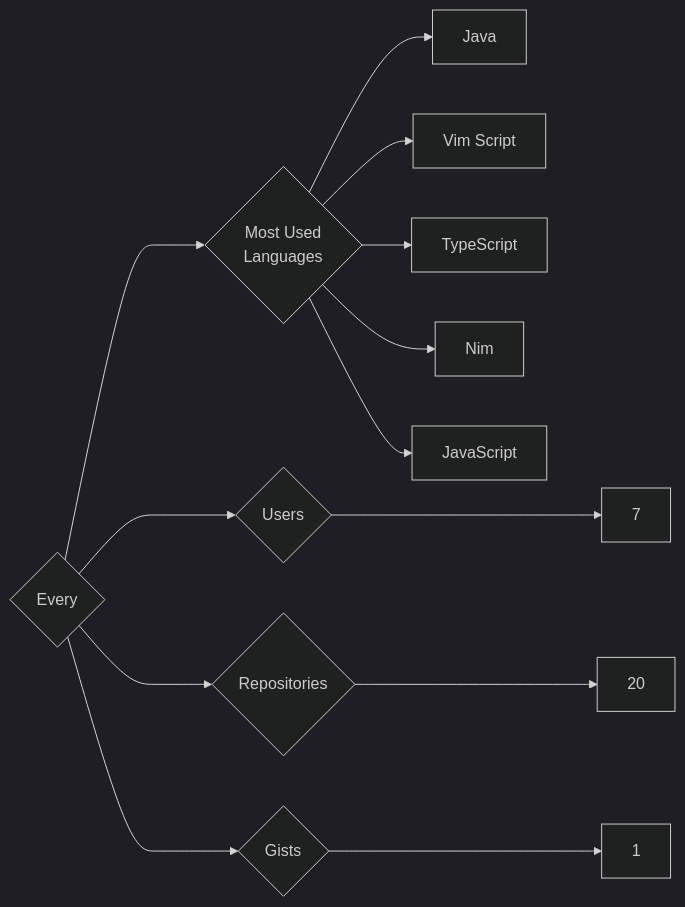
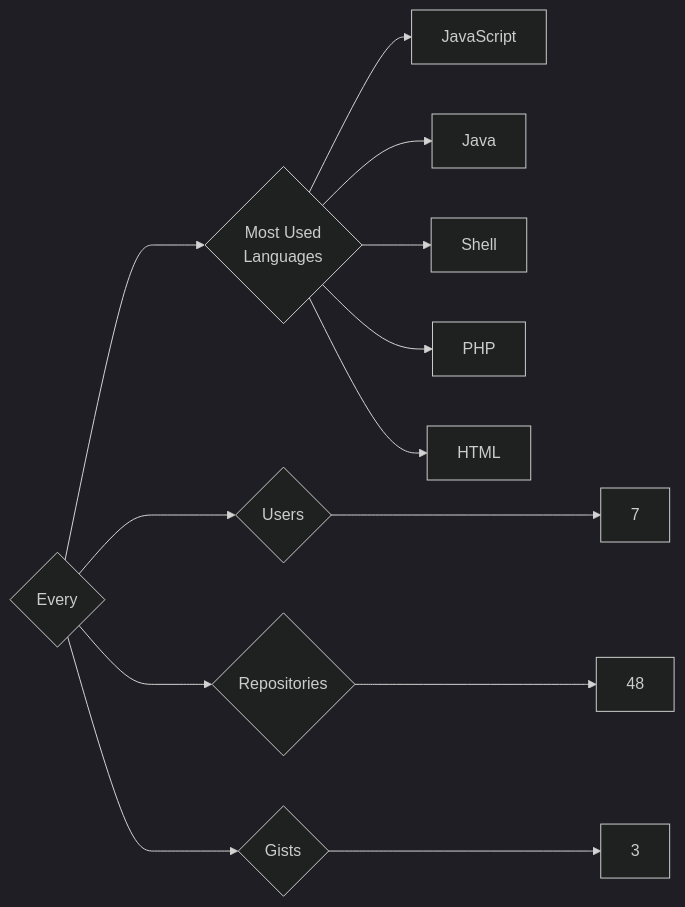
The diagram in targets/Every/README.md (trickest/insiders), drawn with Mermaid (dark theme) before and after one commit. The commit also changed 1195 other files, not shown here.

````diff
--- a/targets/Every/README.md
+++ b/targets/Every/README.md
@@ -3,13 +3,13 @@
 ```mermaid
 graph LR
 COMPANY_NAME{Every}
 COMPANY_NAME ---> U{Users} ---> UN[7]
-COMPANY_NAME ---> R{Repositories} ---> RN[20]
-COMPANY_NAME ---> G{Gists} ---> GN[1]
+COMPANY_NAME ---> R{Repositories} ---> RN[48]
+COMPANY_NAME ---> G{Gists} ---> GN[3]
 COMPANY_NAME ---> ML{Most Used<br>Languages}
+ML --> JavaScript[JavaScript]
 ML --> Java[Java]
-ML --> Vim_Script[Vim Script]
-ML --> TypeScript[TypeScript]
-ML --> Nim[Nim]
-ML --> JavaScript[JavaScript]
+ML --> Shell[Shell]
+ML --> PHP[PHP]
+ML --> HTML[HTML]
 ```
````
